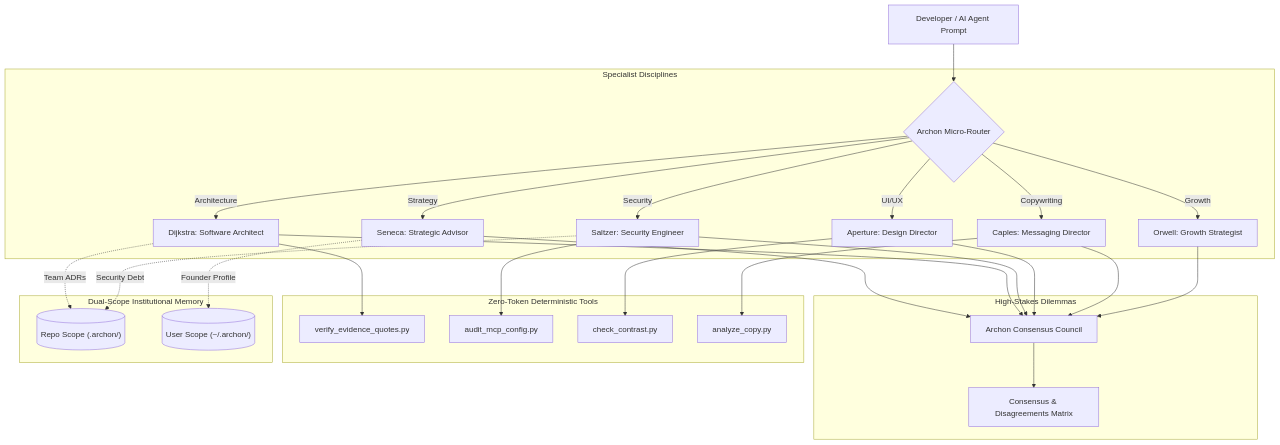
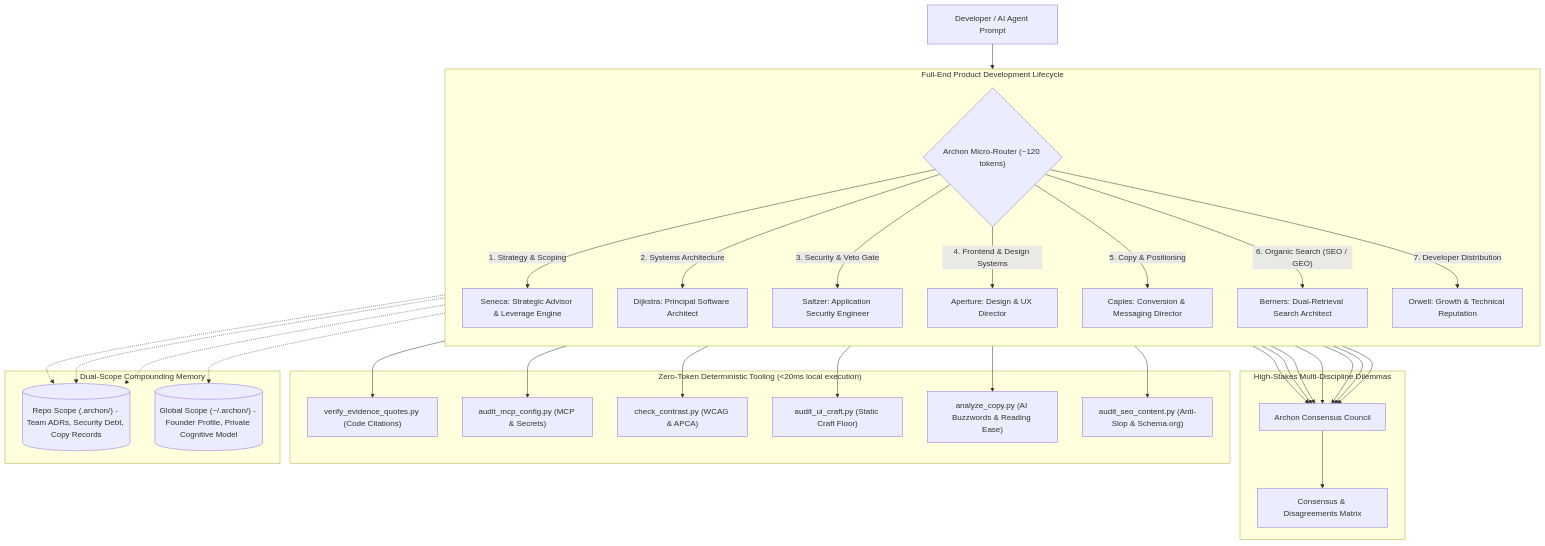
The diagram in README.md (abxn4r/archon-skills), drawn with Mermaid before and after one commit. The commit also changed other lines of this file and 89 other files, not shown here.

First line of the commit message:
feat: reposition Archon as one-stop full-end skill suite, add Berners (SEO/GEO) and Aperture v2 craft floor (v0.3.0)

````diff
--- a/README.md
+++ b/README.md
@@ -27,38 +27,38 @@
 ```mermaid
 graph TD
-    User["Developer / AI Agent Prompt"] --> Router{"Archon Micro-Router"}
+    User["Developer / AI Agent Prompt"] --> Router{"Archon Micro-Router (~120 tokens)"}
     
-    subgraph Specialists ["Specialist Disciplines"]
-        Router -->|"Strategy"| Seneca["Seneca: Strategic Advisor"]
-        Router -->|"Architecture"| Dijkstra["Dijkstra: Software Architect"]
-        Router -->|"Security"| Saltzer["Saltzer: Security Engineer"]
-        Router -->|"UI/UX"| Aperture["Aperture: Design Director"]
-        Router -->|"Copywriting"| Caples["Caples: Messaging Director"]
-        Router -->|"Growth"| Orwell["Orwell: Growth Strategist"]
+    subgraph FullEnd ["Full-End Product Development Lifecycle"]
+        direction TB
+        Router -->|"1. Strategy & Scoping"| Seneca["Seneca: Strategic Advisor & Leverage Engine"]
+        Router -->|"2. Systems Architecture"| Dijkstra["Dijkstra: Principal Software Architect"]
+        Router -->|"3. Security & Veto Gate"| Saltzer["Saltzer: Application Security Engineer"]
+        Router -->|"4. Frontend & Design Systems"| Aperture["Aperture: Design & UX Director"]
+        Router -->|"5. Copy & Positioning"| Caples["Caples: Conversion & Messaging Director"]
+        Router -->|"6. Organic Search (SEO / GEO)"| Berners["Berners: Dual-Retrieval Search Architect"]
+        Router -->|"7. Developer Distribution"| Orwell["Orwell: Growth & Technical Reputation"]
     end
 
-    subgraph CouncilSub ["High-Stakes Dilemmas"]
-        Seneca --> Council["Archon Consensus Council"]
-        Dijkstra --> Council
-        Saltzer --> Council
-        Aperture --> Council
-        Caples --> Council
-        Orwell --> Council
+    subgraph CouncilSub ["High-Stakes Multi-Discipline Dilemmas"]
+        Seneca & Dijkstra & Saltzer & Aperture & Caples & Berners & Orwell --> Council["Archon Consensus Council"]
         Council --> Matrix["Consensus & Disagreements Matrix"]
     end
 
-    subgraph ToolsSub ["Zero-Token Deterministic Tools"]
-        Dijkstra --> QuoteVerifier["verify_evidence_quotes.py"]
-        Saltzer --> MCPAuditor["audit_mcp_config.py"]
-        Aperture --> ContrastCalc["check_contrast.py"]
-        Caples --> CopyLinter["analyze_copy.py"]
+    subgraph ToolsSub ["Zero-Token Deterministic Tooling (<20ms local execution)"]
+        Dijkstra --> QuoteVerifier["verify_evidence_quotes.py (Code Citations)"]
+        Saltzer --> MCPAuditor["audit_mcp_config.py (MCP & Secrets)"]
+        Aperture --> ContrastCalc["check_contrast.py (WCAG & APCA)"]
+        Aperture --> UICraftAuditor["audit_ui_craft.py (Static Craft Floor)"]
+        Caples --> CopyLinter["analyze_copy.py (AI Buzzwords & Reading Ease)"]
+        Berners --> SEOAuditor["audit_seo_content.py (Anti-Slop & Schema.org)"]
     end
 
-    subgraph MemorySub ["Dual-Scope Institutional Memory"]
-        LocalScope[("Repo Scope (.archon/)")]
-        GlobalScope[("User Scope (~/.archon/)")]
-        Dijkstra -.->|"Team ADRs"| LocalScope
-        Saltzer -.->|"Security Debt"| LocalScope
-        Seneca -.->|"Founder Profile"| GlobalScope
+    subgraph MemorySub ["Dual-Scope Compounding Memory"]
+        LocalScope[("Repo Scope (.archon/) - Team ADRs, Security Debt, Copy Records")]
+        GlobalScope[("Global Scope (~/.archon/) - Founder Profile, Private Cognitive Model")]
+        Dijkstra -.-> LocalScope
+        Saltzer -.-> LocalScope
+        Berners -.-> LocalScope
+        Seneca -.-> GlobalScope
     end
 ```
````
